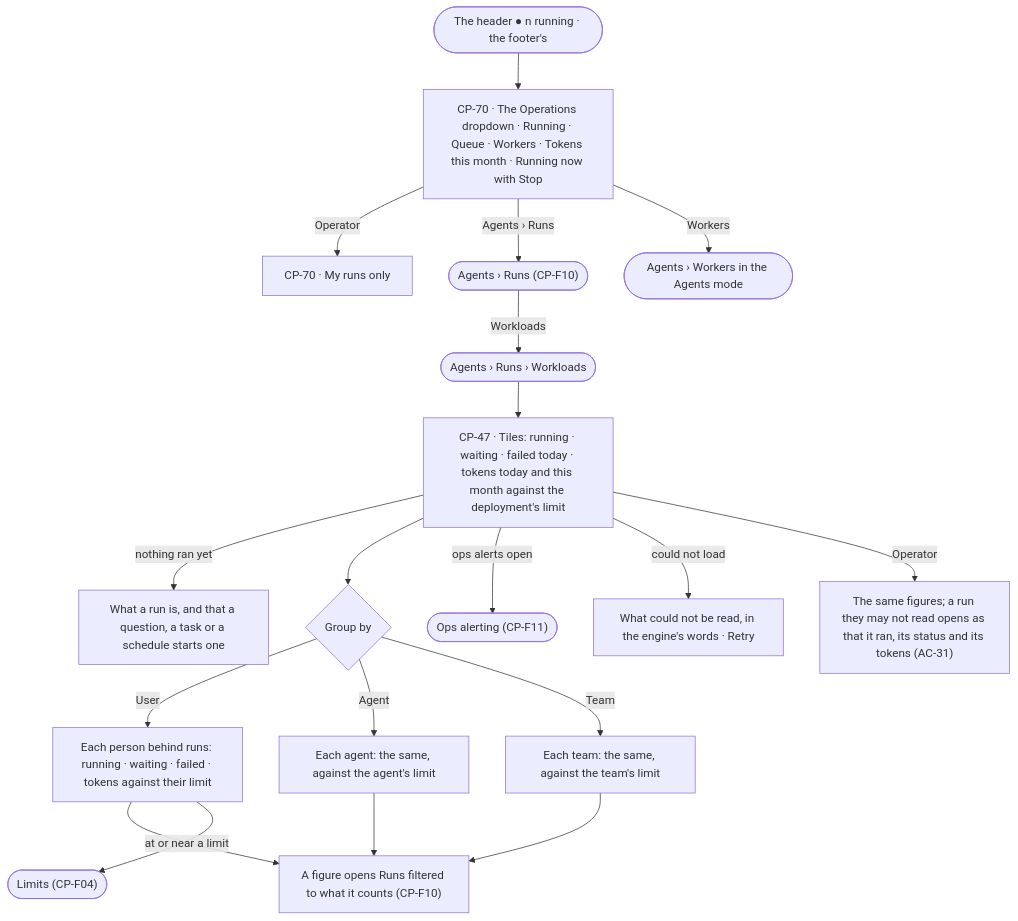
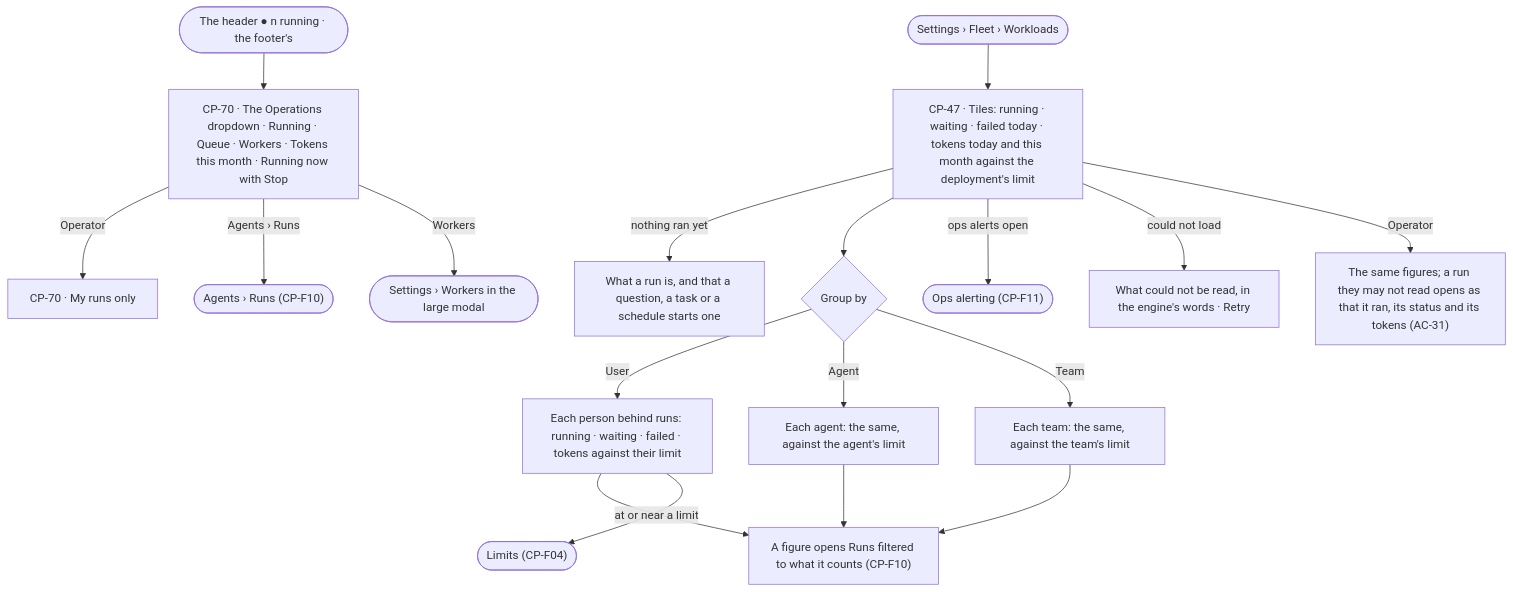
The diagram in specs/os/control/features/CP-F09-overview/feature.md (invana/invana), drawn with Mermaid before and after one commit. The commit also changed other lines of this file and 43 other files, not shown here.

First line of the commit message:
docs(specs): Agents mode keeps work; Plugins, Fleet, Workers move to Settings

````diff
--- a/specs/os/control/features/CP-F09-overview/feature.md
+++ b/specs/os/control/features/CP-F09-overview/feature.md
@@ -26,21 +26,20 @@
 ```mermaid
 flowchart TD
   h([The header ● n running · the footer's]) --> od["CP-70 · The Operations dropdown · Running · Queue · Workers · Tokens this month · Running now with Stop"]
   od -->|Operator| odo["CP-70 · My runs only"]
   od -->|Agents › Runs| runs(["Agents › Runs (CP-F10)"])
-  od -->|Workers| set(["Agents › Workers in the Agents mode"])
-  runs -->|Workloads| s
-  s([Agents › Runs › Workloads]) --> o["CP-47 · Tiles: running · waiting · failed today · tokens today and this month against the deployment's limit"]
+  od -->|Workers| set(["Settings › Workers in the large modal"])
+  s([Settings › Fleet › Workloads]) --> o["CP-47 · Tiles: running · waiting · failed today · tokens today and this month against the deployment's limit"]
   o -->|nothing ran yet| e["What a run is, and that a question, a task or a schedule starts one"]
   o --> g{"Group by"}
   g -->|User| u["Each person behind runs: running · waiting · failed · tokens against their limit"]
   g -->|Agent| a["Each agent: the same, against the agent's limit"]
   g -->|Team| t["Each team: the same, against the team's limit"]
   u --> f["A figure opens Runs filtered to what it counts (CP-F10)"]
   a --> f
   t --> f
   o -->|ops alerts open| al(["Ops alerting (CP-F11)"])
   u -->|at or near a limit| lim(["Limits (CP-F04)"])
   o -->|could not load| fl["What could not be read, in the engine's words · Retry"]
   o -->|Operator| op["The same figures; a run they may not read opens as that it ran, its status and its tokens (AC-31)"]
 ```
````
